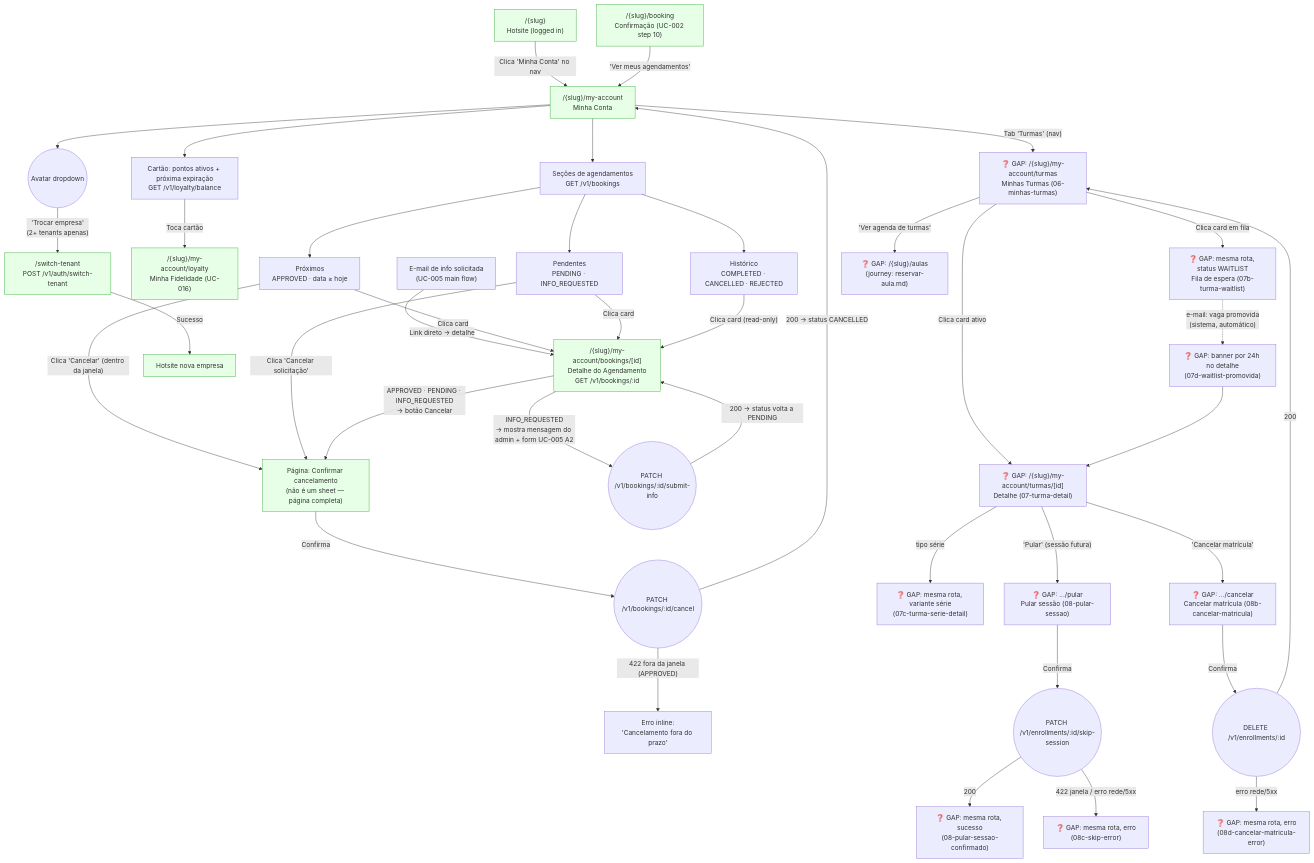
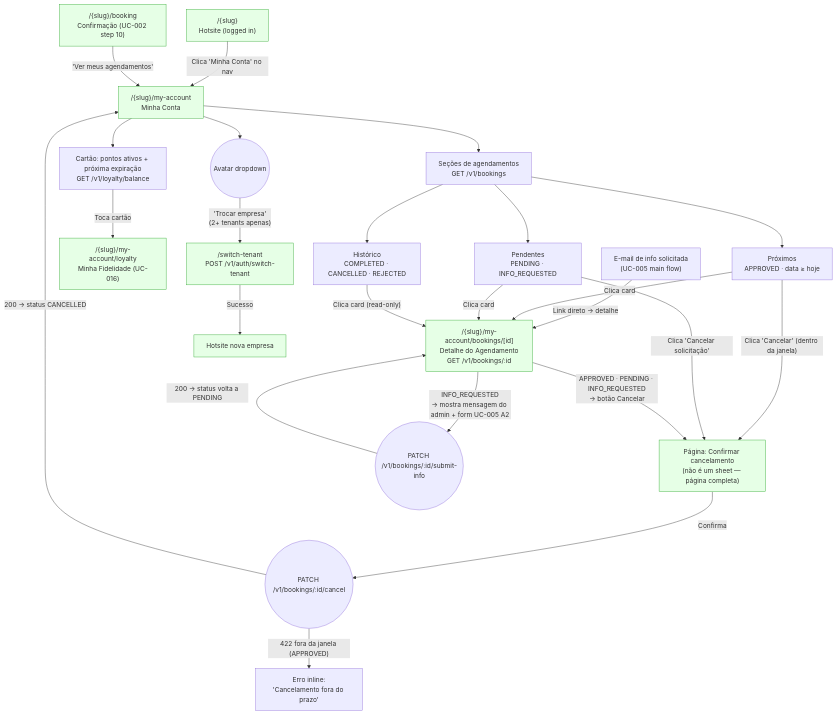
The diagram in plan/journey/customer/minha-conta.md (lmmoreira/ikaro), drawn with Mermaid before and after one commit. The commit also changed other lines of this file and 179 other files, not shown here.

````diff
--- a/plan/journey/customer/minha-conta.md
+++ b/plan/journey/customer/minha-conta.md
@@ -10,58 +10,38 @@
 ```mermaid
 flowchart TD
     classDef existing fill:#e6ffe6,stroke:#3a3
     classDef gap stroke:#f00,stroke-dasharray: 5 5,fill:#fee
 
     Hotsite["/{slug}<br/>Hotsite (logged in)"] -->|"Clica 'Minha Conta' no nav"| MinhaConta
     BookingConfirm["/{slug}/booking<br/>Confirmação (UC-002 step 10)"] -->|"'Ver meus agendamentos'"| MinhaConta
     InfoEmail["E-mail de info solicitada<br/>(UC-005 main flow)"] -->|"Link direto → detalhe"| Detail
 
     MinhaConta["/{slug}/my-account<br/>Minha Conta"] --> LoyaltySummary["Cartão: pontos ativos + próxima expiração<br/>GET /v1/loyalty/balance"]
     LoyaltySummary -->|"Toca cartão"| LoyaltyFull["/{slug}/my-account/loyalty<br/>Minha Fidelidade (UC-016)"]
     MinhaConta --> AvatarMenu(("Avatar dropdown"))
     AvatarMenu -->|"'Trocar empresa'<br/>(2+ tenants apenas)"| SwitchTenant["/switch-tenant<br/>POST /v1/auth/switch-tenant"]
     SwitchTenant -->|"Sucesso"| NewTenant["Hotsite nova empresa"]
     MinhaConta --> BookingList["Seções de agendamentos<br/>GET /v1/bookings"]
 
     BookingList --> Upcoming["Próximos<br/>APPROVED · data ≥ hoje"]
     BookingList --> Pending["Pendentes<br/>PENDING · INFO_REQUESTED"]
     BookingList --> Past["Histórico<br/>COMPLETED · CANCELLED · REJECTED"]
 
     Upcoming -->|"Clica card"| Detail
     Pending -->|"Clica card"| Detail
     Past -->|"Clica card (read-only)"| Detail
 
     Upcoming -->|"Clica 'Cancelar' (dentro da janela)"| CancelPage["Página: Confirmar cancelamento<br/>(não é um sheet — página completa)"]
     Pending -->|"Clica 'Cancelar solicitação'"| CancelPage
 
     Detail["/{slug}/my-account/bookings/[id]<br/>Detalhe do Agendamento<br/>GET /v1/bookings/:id"] -->|"APPROVED · PENDING · INFO_REQUESTED<br/>→ botão Cancelar"| CancelPage
 
     Detail -->|"INFO_REQUESTED<br/>→ mostra mensagem do admin + form UC-005 A2"| InfoSubmit(("PATCH /v1/bookings/:id/submit-info"))
     InfoSubmit -->|"200 → status volta a PENDING"| Detail
 
     CancelPage -->|"Confirma"| CancelCall(("PATCH /v1/bookings/:id/cancel"))
     CancelCall -->|"200 → status CANCELLED"| MinhaConta
     CancelCall -->|"422 fora da janela (APPROVED)"| CancelError["Erro inline:<br/>'Cancelamento fora do prazo'"]
 
-    MinhaConta -->|"Tab 'Turmas' (nav)"| MinhasTurmas["❓ GAP: /{slug}/my-account/turmas<br/>Minhas Turmas (06-minhas-turmas)"]
-    MinhasTurmas -->|"Clica card ativo"| TurmaDetail
-    MinhasTurmas -->|"Clica card em fila"| TurmaWaitlist["❓ GAP: mesma rota, status WAITLIST<br/>Fila de espera (07b-turma-waitlist)"]
-    MinhasTurmas -->|"'Ver agenda de turmas'"| Catalog["❓ GAP: /{slug}/aulas<br/>(journey: reservar-aula.md)"]
-
-    TurmaDetail["❓ GAP: /{slug}/my-account/turmas/[id]<br/>Detalhe (07-turma-detail)"] -->|"tipo série"| TurmaSerieDetail["❓ GAP: mesma rota, variante série<br/>(07c-turma-serie-detail)"]
-    TurmaDetail -->|"'Pular' (sessão futura)"| PularSessao
-    TurmaDetail -->|"'Cancelar matrícula'"| CancelarMatricula
-
-    TurmaWaitlist -.->|"e-mail: vaga promovida<br/>(sistema, automático)"| Promovida["❓ GAP: banner por 24h no detalhe<br/>(07d-waitlist-promovida)"]
-    Promovida --> TurmaDetail
-
-    PularSessao["❓ GAP: .../pular<br/>Pular sessão (08-pular-sessao)"] -->|"Confirma"| PularOk(("PATCH /v1/enrollments/:id/skip-session"))
-    PularOk -->|"200"| PularConfirmado["❓ GAP: mesma rota, sucesso<br/>(08-pular-sessao-confirmado)"]
-    PularOk -->|"422 janela / erro rede/5xx"| PularErro["❓ GAP: mesma rota, erro<br/>(08c-skip-error)"]
-
-    CancelarMatricula["❓ GAP: .../cancelar<br/>Cancelar matrícula (08b-cancelar-matricula)"] -->|"Confirma"| CancelMatriculaCall(("DELETE /v1/enrollments/:id"))
-    CancelMatriculaCall -->|"200"| MinhasTurmas
-    CancelMatriculaCall -->|"erro rede/5xx"| CancelMatriculaErro["❓ GAP: mesma rota, erro<br/>(08d-cancelar-matricula-error)"]
-
     class Hotsite,BookingConfirm,MinhaConta,Detail,CancelPage,LoyaltyFull,SwitchTenant,NewTenant existing
 ```
````
